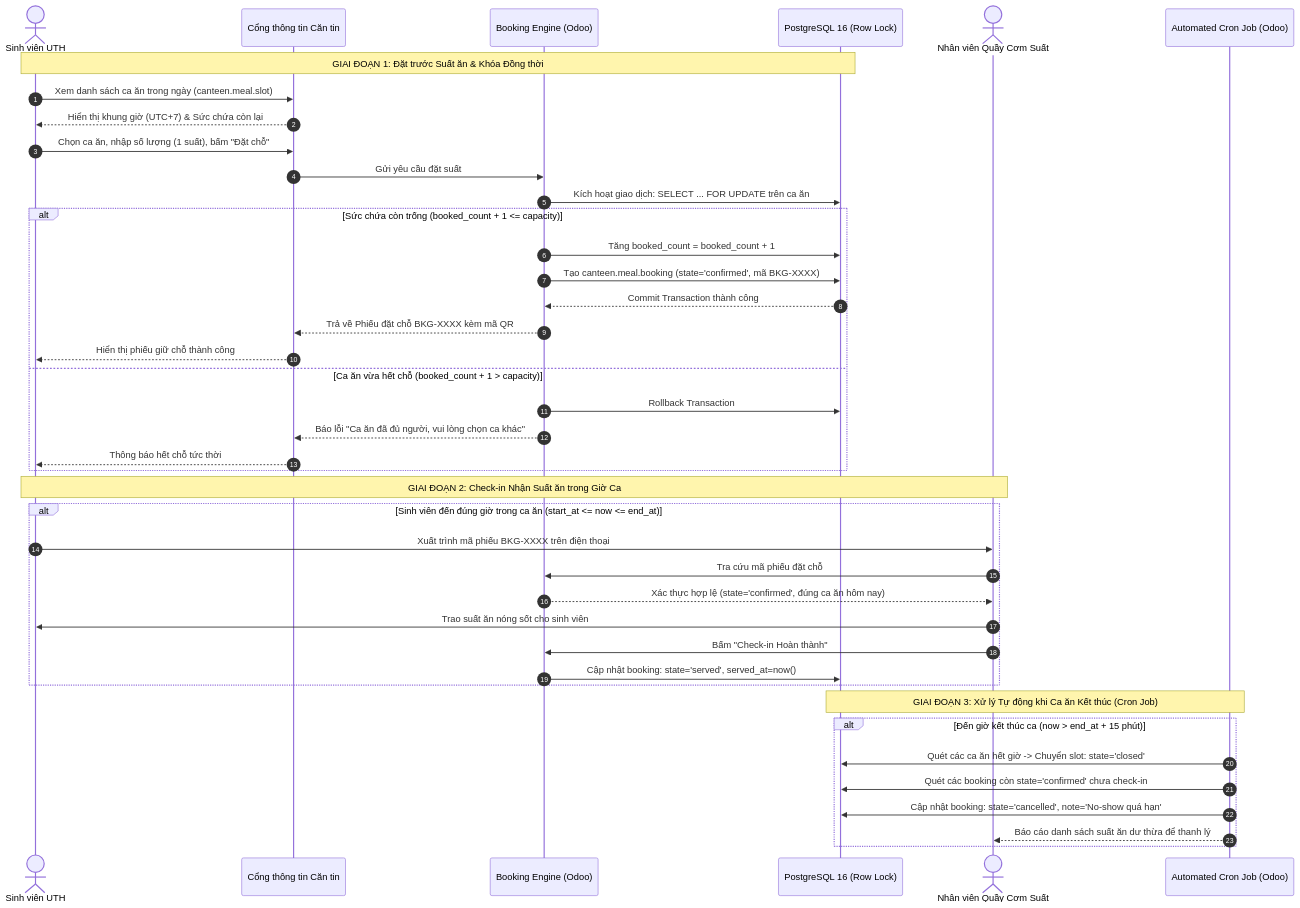
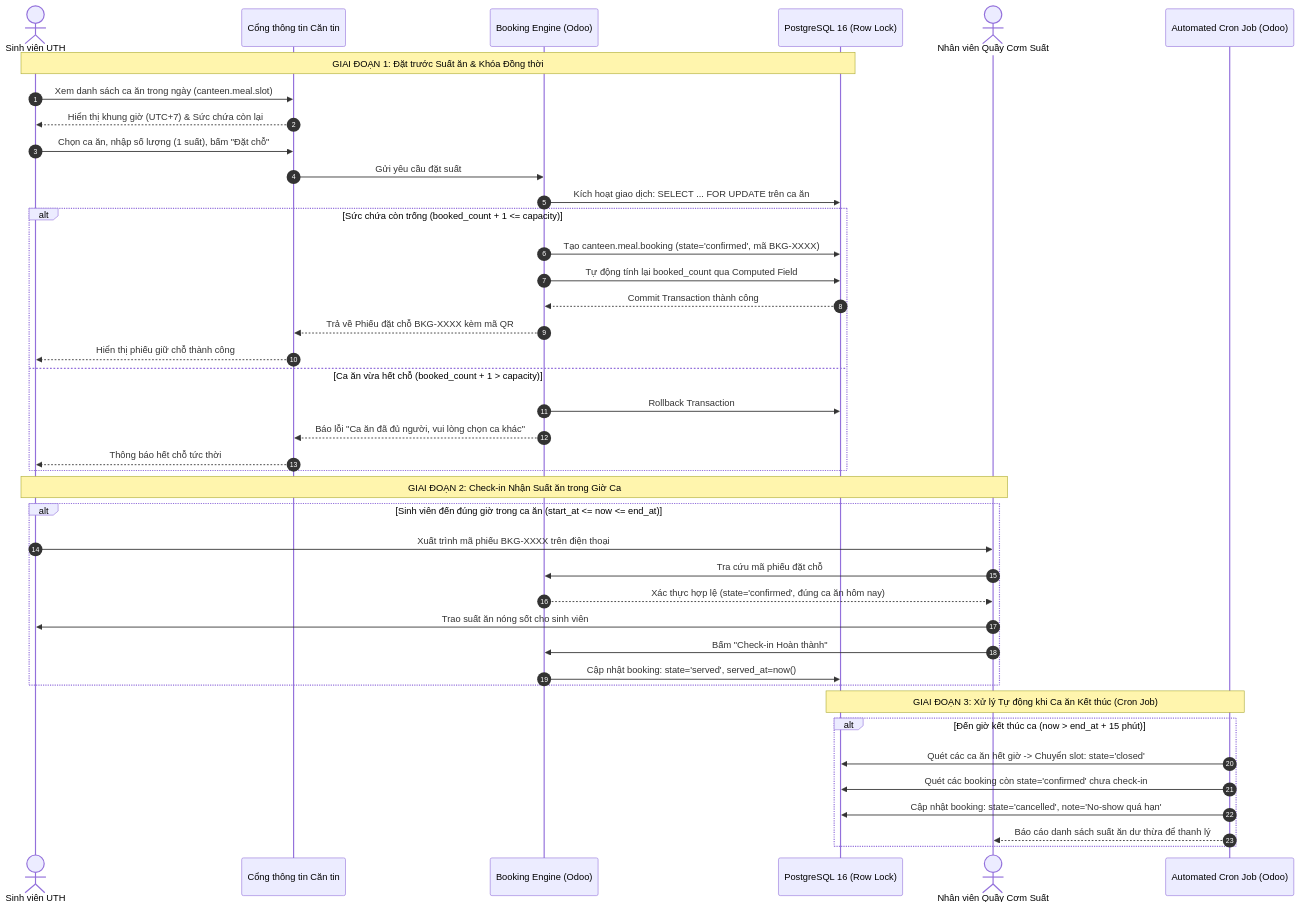
The sixth of 6 diagrams in docs/srs.md (ThinhNguyen2005/uth-canteen-erp), drawn with Mermaid before and after one commit. The commit also changed other lines of this file and 1 other file, not shown here.

Commit message:
docs: align meal booking contract and srs with computed booked_count (KAN-158, KAN-159)

````diff
--- a/docs/srs.md
+++ b/docs/srs.md
@@ -571,46 +572,46 @@
 ```mermaid
 sequenceDiagram
     autonumber
     actor SV as Sinh viên UTH
     participant Web as Cổng thông tin Căn tin
     participant Engine as Booking Engine (Odoo)
     participant DB as PostgreSQL 16 (Row Lock)
     actor PhucVu as Nhân viên Quầy Cơm Suất
     participant Cron as Automated Cron Job (Odoo)
 
     Note over SV,DB: GIAI ĐOẠN 1: Đặt trước Suất ăn & Khóa Đồng thời
     SV->>Web: Xem danh sách ca ăn trong ngày (canteen.meal.slot)
     Web-->>SV: Hiển thị khung giờ (UTC+7) & Sức chứa còn lại
     SV->>Web: Chọn ca ăn, nhập số lượng (1 suất), bấm "Đặt chỗ"
     Web->>Engine: Gửi yêu cầu đặt suất
     Engine->>DB: Kích hoạt giao dịch: SELECT ... FOR UPDATE trên ca ăn
     alt Sức chứa còn trống (booked_count + 1 <= capacity)
-        Engine->>DB: Tăng booked_count = booked_count + 1
         Engine->>DB: Tạo canteen.meal.booking (state='confirmed', mã BKG-XXXX)
+        Engine->>DB: Tự động tính lại booked_count qua Computed Field
         DB-->>Engine: Commit Transaction thành công
         Engine-->>Web: Trả về Phiếu đặt chỗ BKG-XXXX kèm mã QR
         Web-->>SV: Hiển thị phiếu giữ chỗ thành công
     else Ca ăn vừa hết chỗ (booked_count + 1 > capacity)
         Engine->>DB: Rollback Transaction
         Engine-->>Web: Báo lỗi "Ca ăn đã đủ người, vui lòng chọn ca khác"
         Web-->>SV: Thông báo hết chỗ tức thời
     end
 
     Note over SV,PhucVu: GIAI ĐOẠN 2: Check-in Nhận Suất ăn trong Giờ Ca
     alt Sinh viên đến đúng giờ trong ca ăn (start_at <= now <= end_at)
         SV->>PhucVu: Xuất trình mã phiếu BKG-XXXX trên điện thoại
         PhucVu->>Engine: Tra cứu mã phiếu đặt chỗ
         Engine-->>PhucVu: Xác thực hợp lệ (state='confirmed', đúng ca ăn hôm nay)
         PhucVu->>SV: Trao suất ăn nóng sốt cho sinh viên
         PhucVu->>Engine: Bấm "Check-in Hoàn thành"
         Engine->>DB: Cập nhật booking: state='served', served_at=now()
     end
 
     Note over Cron,DB: GIAI ĐOẠN 3: Xử lý Tự động khi Ca ăn Kết thúc (Cron Job)
     alt Đến giờ kết thúc ca (now > end_at + 15 phút)
         Cron->>DB: Quét các ca ăn hết giờ -> Chuyển slot: state='closed'
         Cron->>DB: Quét các booking còn state='confirmed' chưa check-in
         Cron->>DB: Cập nhật booking: state='cancelled', note='No-show quá hạn'
         Cron-->>PhucVu: Báo cáo danh sách suất ăn dư thừa để thanh lý
     end
 ```
````
